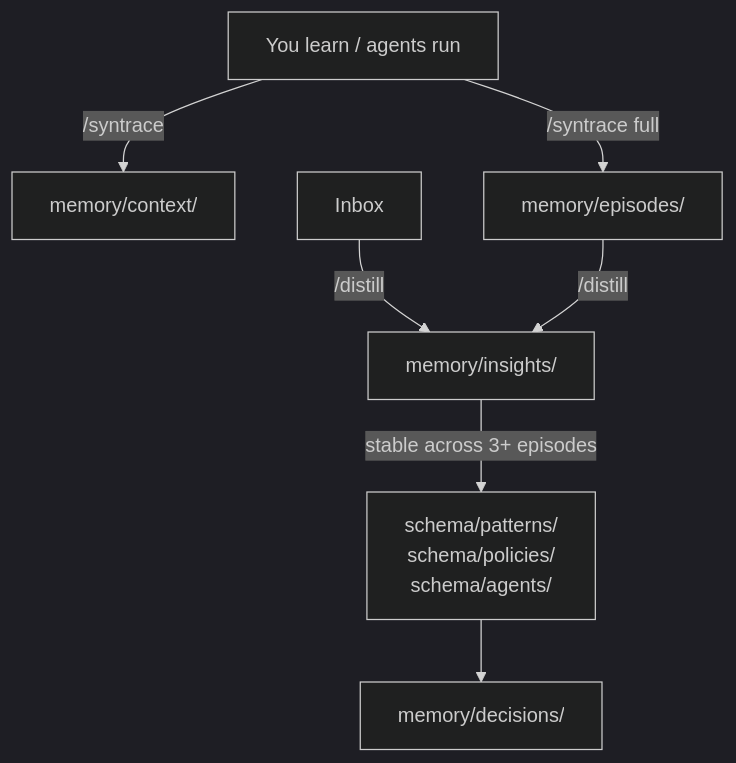
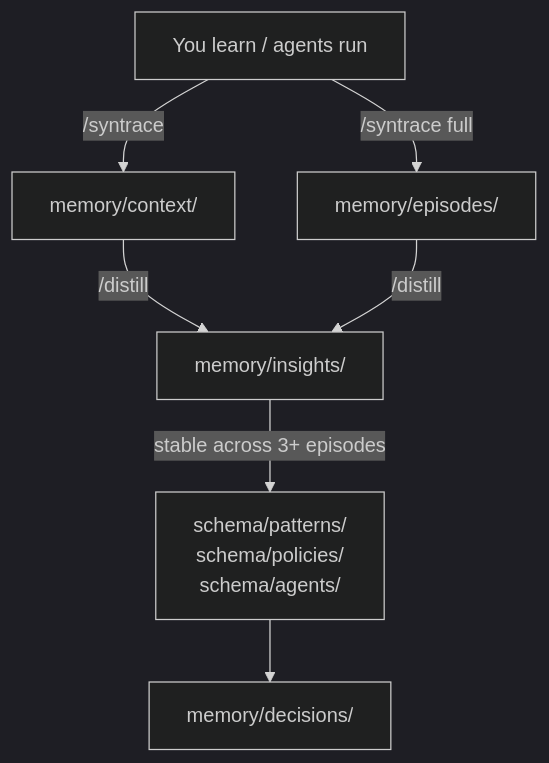
One commit to leksval/syntrace changed the diagram in README.md. Above: the diagram before and after it, drawn with Mermaid (dark theme). The commit also changed other lines of this file and 4 other files, not shown here.

Commit message:
Update AGENTS.md and graph-scan.md to reflect the new schema path: renamed 'graph-schema.json' to 'schema/graph-schema.json' and adjusted references accordingly. Removed obsolete 'graph-schema.json' file to streamline the project structure.

````diff
--- a/README.md
+++ b/README.md
@@ -133,9 +133,9 @@
 ```mermaid
 flowchart TD
     Work["You learn / agents run"] -->|"/syntrace"| Context["memory/context/"]
     Work -->|"/syntrace full"| Episodes["memory/episodes/"]
-    Inbox -->|"/distill"| Insights["memory/insights/"]
+    Context -->|"/distill"| Insights["memory/insights/"]
     Episodes -->|"/distill"| Insights
     Insights -->|"stable across 3+ episodes"| Schema["schema/patterns/\nschema/policies/\nschema/agents/"]
     Schema --> Decisions["memory/decisions/"]
 ```
````
